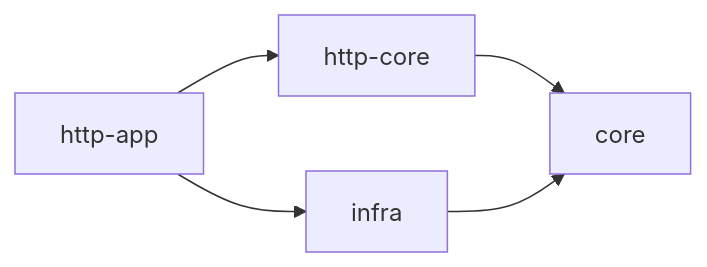
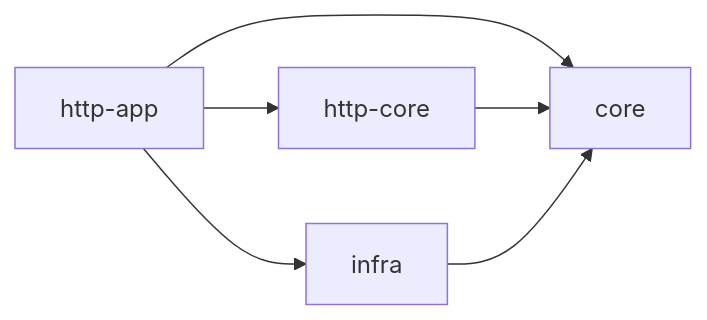
The first of 3 diagrams in webapp/rust/README.md (walf443/isucon11-final), drawn with Mermaid before and after one commit. The commit also changed other lines of this file, not shown here.

````diff
--- a/webapp/rust/README.md
+++ b/webapp/rust/README.md
@@ -13,8 +13,9 @@
 ```mermaid
 
 flowchart LR
   http-app --> http-core
   http-app --> infra
+  http-app --> core
   http-core --> core
   infra --> core
 ```
````
